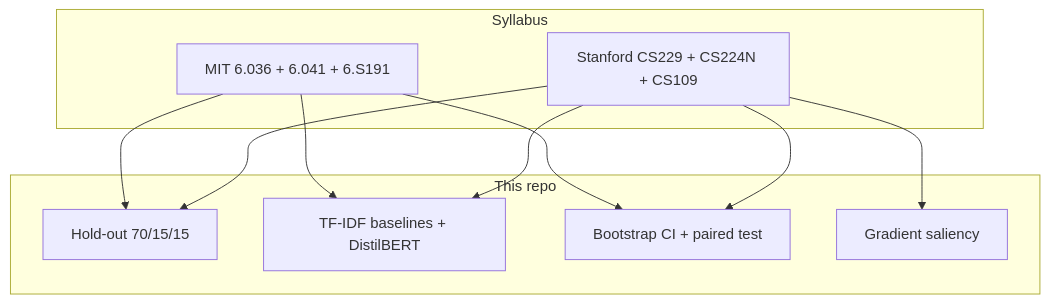
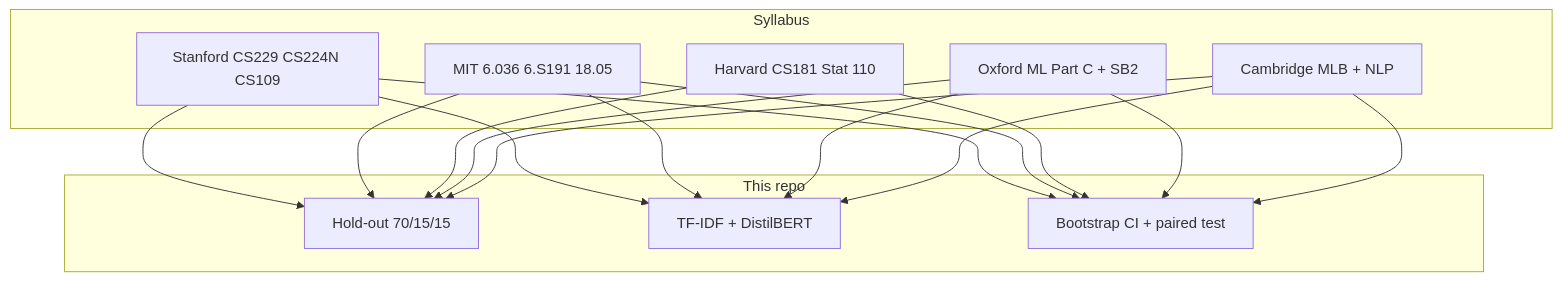
Before and after one commit to TheHien04/Movie-Review-Sentiment-Analysis: diagram 21 of 33 in README.md, drawn with Mermaid. The commit also changed other lines of this file and 3 other files, not shown here.

````diff
--- a/README.md
+++ b/README.md
@@ -790,22 +790,31 @@
 ```mermaid
 flowchart TB
     subgraph Schools["Syllabus"]
-        ST["Stanford CS229 + CS224N + CS109"]
-        MI["MIT 6.036 + 6.041 + 6.S191"]
+        ST["Stanford CS229 CS224N CS109"]
+        MI["MIT 6.036 6.S191 18.05"]
+        HA["Harvard CS181 Stat 110"]
+        OX["Oxford ML Part C + SB2"]
+        CA["Cambridge MLB + NLP"]
     end
 
     subgraph Cap["This repo"]
         P["Hold-out 70/15/15"]
-        C["TF-IDF baselines + DistilBERT"]
+        C["TF-IDF + DistilBERT"]
         I["Bootstrap CI + paired test"]
-        E["Gradient saliency"]
     end
 
     ST --> P
     MI --> P
+    HA --> P
+    OX --> P
+    CA --> P
     ST --> C
     MI --> C
+    OX --> C
+    CA --> C
     ST --> I
     MI --> I
-    ST --> E
+    HA --> I
+    OX --> I
+    CA --> I
 ```
````
